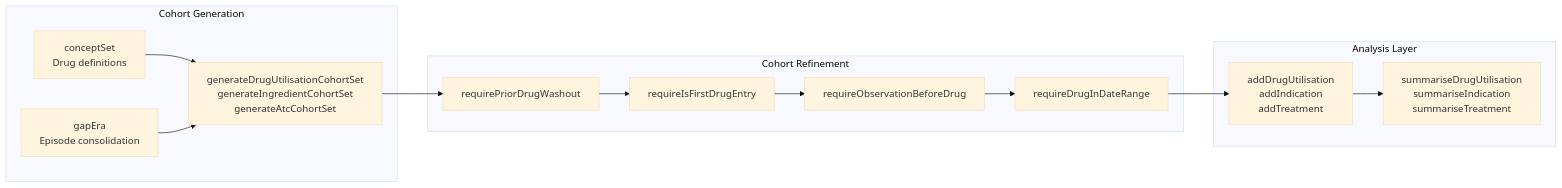
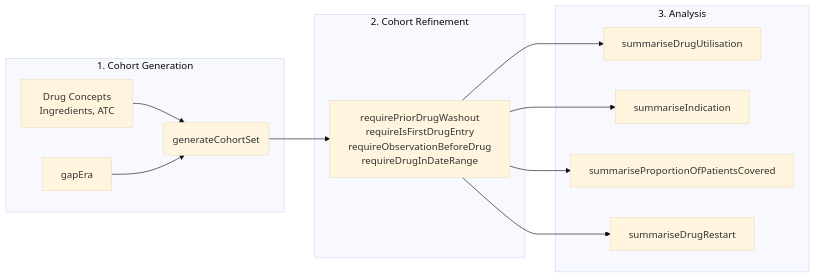
The diagram in docs/data_analysis/package_reference/drugutilisation.md (iomedhealth/OMOPAnalyticsGuide), drawn with Mermaid (base theme) before and after one commit. The commit also changed other lines of this file and 1 other file, not shown here.

````diff
--- a/docs/data_analysis/package_reference/drugutilisation.md
+++ b/docs/data_analysis/package_reference/drugutilisation.md
@@ -110,29 +55,25 @@
 ```mermaid
 graph LR
-    subgraph "Cohort Generation"
-        CONCEPTSET["conceptSet<br/>Drug definitions"]
-        GAPERA["gapEra<br/>Episode consolidation"]
-        GEN_FUNC["generateDrugUtilisationCohortSet<br/>generateIngredientCohortSet<br/>generateAtcCohortSet"]
+    subgraph "1. Cohort Generation"
+        A[Drug Concepts<br/>Ingredients, ATC] --> B(generateCohortSet);
+        C[gapEra] --> B;
     end
-    
-    subgraph "Cohort Refinement"
-        REQ_WASH["requirePriorDrugWashout"]
-        REQ_FIRST["requireIsFirstDrugEntry"] 
-        REQ_OBS["requireObservationBeforeDrug"]
-        REQ_DATE["requireDrugInDateRange"]
+
+    subgraph "2. Cohort Refinement"
+        D[requirePriorDrugWashout<br/>requireIsFirstDrugEntry<br/>requireObservationBeforeDrug<br/>requireDrugInDateRange];
     end
-    
-    subgraph "Analysis Layer"
-        ADD_FUNCS["addDrugUtilisation<br/>addIndication<br/>addTreatment"]
-        SUM_FUNCS["summariseDrugUtilisation<br/>summariseIndication<br/>summariseTreatment"]
+
+    subgraph "3. Analysis"
+        G[summariseDrugUtilisation]
+        H[summariseIndication]
+        I[summariseProportionOfPatientsCovered]
+        J[summariseDrugRestart]
     end
-    
-    CONCEPTSET --> GEN_FUNC
-    GAPERA --> GEN_FUNC
-    GEN_FUNC --> REQ_WASH
-    REQ_WASH --> REQ_FIRST
-    REQ_FIRST --> REQ_OBS  
-    REQ_OBS --> REQ_DATE
-    REQ_DATE --> ADD_FUNCS
-    ADD_FUNCS --> SUM_FUNCS
+
+    B --> D;
+    D --> G;
+    D --> H;
+    D --> I;
+    D --> J;
+
 ```
````
